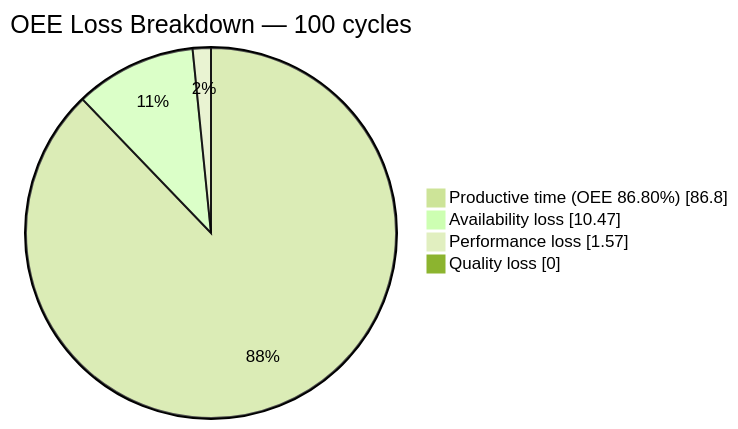
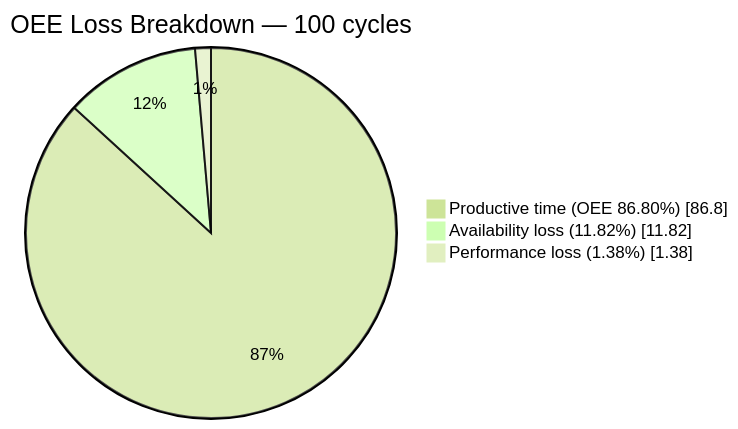
The seventh of 16 diagrams in README.md (jorgefajardom-coder/drone-packaging-simulation-unity), drawn with Mermaid (forest theme) before and after one commit. The commit also changed other lines of this file, not shown here.

````diff
--- a/README.md
+++ b/README.md
@@ -1192,8 +1182,7 @@
 ```mermaid
 pie showData
     title OEE Loss Breakdown — 100 cycles
     "Productive time (OEE 86.80%)" : 86.80
-    "Availability loss" : 10.47
-    "Performance loss"  : 1.57
-    "Quality loss"      : 0
+    "Availability loss (11.82%)"   : 11.82
+    "Performance loss (1.38%)"     : 1.38
 ```
````
